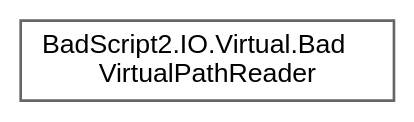
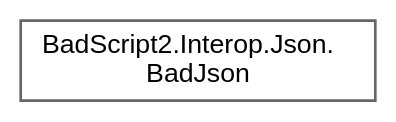
Before and after one commit to ByteChkR/BadScript2: the diagram in docs/reference/inherit_graph_35.dot, drawn with Graphviz. The commit also changed 1399 other files, not shown here.

```diff
--- a/docs/reference/inherit_graph_35.dot
+++ b/docs/reference/inherit_graph_35.dot
@@ -1,9 +1,9 @@
 digraph "Graphical Class Hierarchy"
 {
  // LATEX_PDF_SIZE
   bgcolor="transparent";
   edge [fontname=Helvetica,fontsize=10,labelfontname=Helvetica,labelfontsize=10];
   node [fontname=Helvetica,fontsize=10,shape=box,height=0.2,width=0.4];
   rankdir="LR";
-  Node0 [id="Node000000",label="BadScript2.IO.Virtual.Bad\lVirtualPathReader",height=0.2,width=0.4,color="grey40", fillcolor="white", style="filled",URL="$class_bad_script2_1_1_i_o_1_1_virtual_1_1_bad_virtual_path_reader.html",tooltip=" "];
+  Node0 [id="Node000000",label="BadScript2.Interop.Json.\lBadJson",height=0.2,width=0.4,color="grey40", fillcolor="white", style="filled",URL="$class_bad_script2_1_1_interop_1_1_json_1_1_bad_json.html",tooltip="Implements a Json to BadObject Converter."];
 }
```
